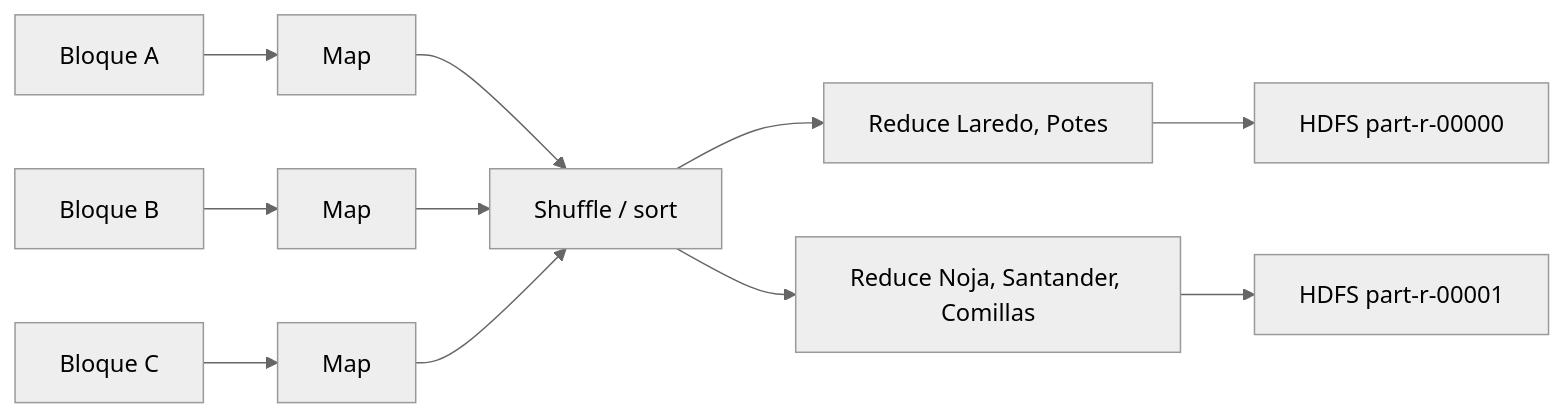
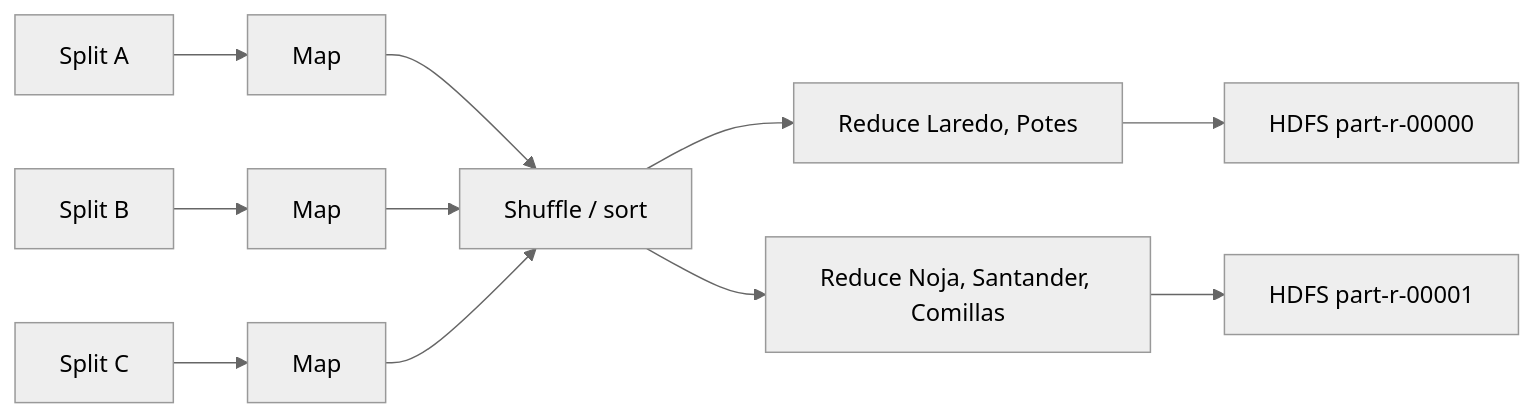
Before and after one commit to iesataulfoargentasor/bda_2026_2027: the third of 4 diagrams in docs/ut2/ecosistema.md, drawn with Mermaid (neutral theme). The commit also changed other lines of this file and 1 other file, not shown here.

````diff
--- a/docs/ut2/ecosistema.md
+++ b/docs/ut2/ecosistema.md
@@ -196,13 +182,13 @@
 ```mermaid
 flowchart LR
-  F1[Bloque A] --> M1[Map]
-  F2[Bloque B] --> M2[Map]
-  F3[Bloque C] --> M3[Map]
+  F1[Split A] --> M1[Map]
+  F2[Split B] --> M2[Map]
+  F3[Split C] --> M3[Map]
   M1 --> S[Shuffle / sort]
   M2 --> S
   M3 --> S
   S --> R1["Reduce Laredo, Potes"]
   S --> R2["Reduce Noja, Santander, Comillas"]
   R1 --> O1[HDFS part-r-00000]
   R2 --> O2[HDFS part-r-00001]
 ```
````
